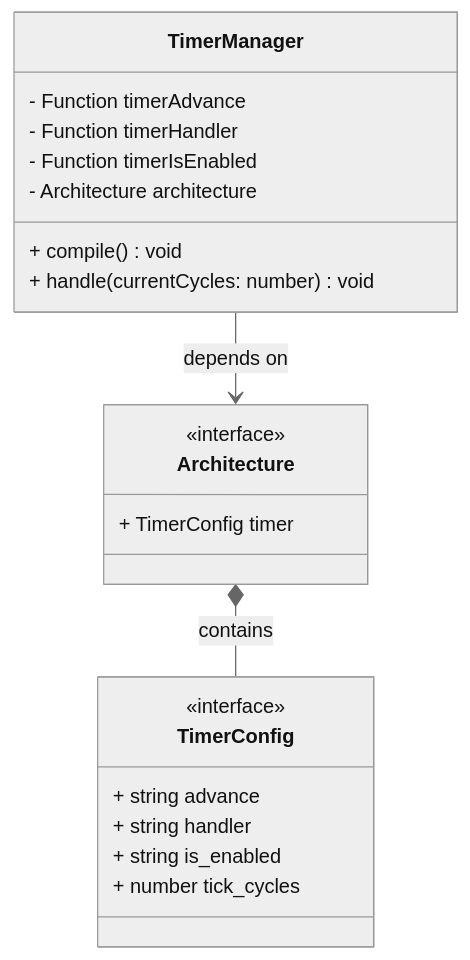
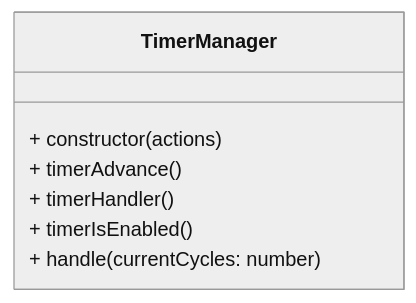
The diagram in diagrams/architecture/timers.mmd (ldcas-uc3m/TFM), drawn with Mermaid (neutral theme) before and after one commit. The commit also changed 4 other files, not shown here.

```diff
--- a/diagrams/architecture/timers.mmd
+++ b/diagrams/architecture/timers.mmd
@@ -1,25 +1,24 @@
 classDiagram
-    class TimerManager {
-        - Function timerAdvance
-        - Function timerHandler
-        - Function timerIsEnabled
-        - Architecture architecture
-        + compile() void
-        + handle(currentCycles: number) void
+    class Timer Manager {
+        + constructor(actions)
+        + timerAdvance()
+        + timerHandler()
+        + timerIsEnabled()
+        + handle(currentCycles: number)
     }
 
-    class Architecture {
-        <<interface>>
-        + TimerConfig timer
-    }
+    %% class Architecture {
+    %%     <<interface>>
+    %%     + TimerConfig timer
+    %% }
 
-    class TimerConfig {
-        <<interface>>
-        + string advance
-        + string handler
-        + string is_enabled
-        + number tick_cycles
-    }
+    %% class TimerConfig {
+    %%     <<interface>>
+    %%     + string advance
+    %%     + string handler
+    %%     + string is_enabled
+    %%     + number tick_cycles
+    %% }
 
-    TimerManager --> Architecture : depends on
-    Architecture *-- TimerConfig : contains
+    %% TimerManager --> Architecture : depends on
+    %% Architecture *-- TimerConfig : contains
```
